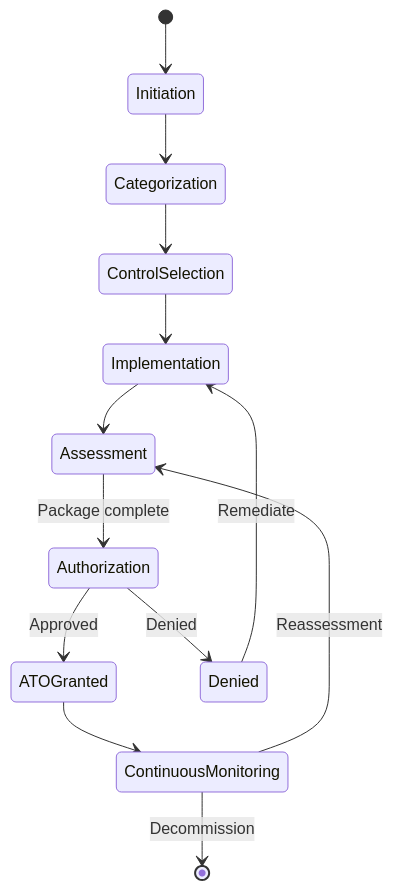
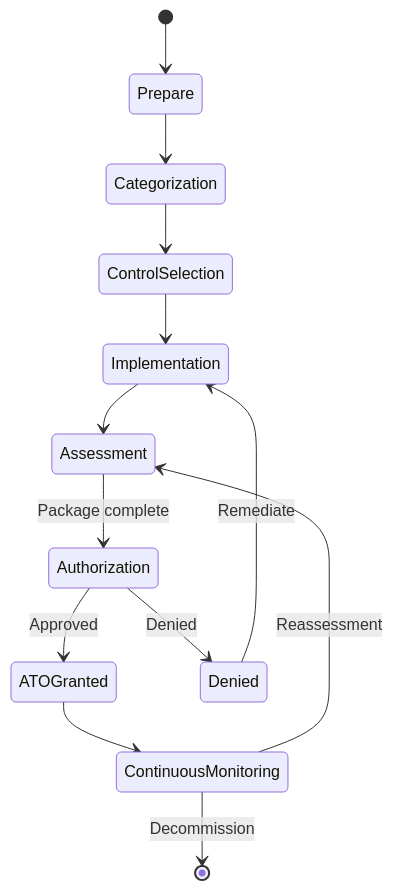
The second of 2 diagrams in rmf/concepts.mdx (shebashio/docs), drawn with Mermaid before and after one commit. The commit also changed other lines of this file and 24 other files, not shown here.

First line of the commit message:
feat(docs): rebrand RMF to ezRMF with updated architecture and new pages

````diff
--- a/rmf/concepts.mdx
+++ b/rmf/concepts.mdx
@@ -70,15 +74,15 @@
 ```mermaid
 stateDiagram-v2
-    [*] --> Initiation
-    Initiation --> Categorization
+    [*] --> Prepare
+    Prepare --> Categorization
     Categorization --> ControlSelection
     ControlSelection --> Implementation
     Implementation --> Assessment
     Assessment --> Authorization : Package complete
     Authorization --> ATOGranted : Approved
     Authorization --> Denied : Denied
     ATOGranted --> ContinuousMonitoring
     Denied --> Implementation : Remediate
     ContinuousMonitoring --> Assessment : Reassessment
     ContinuousMonitoring --> [*] : Decommission
 ```
````
